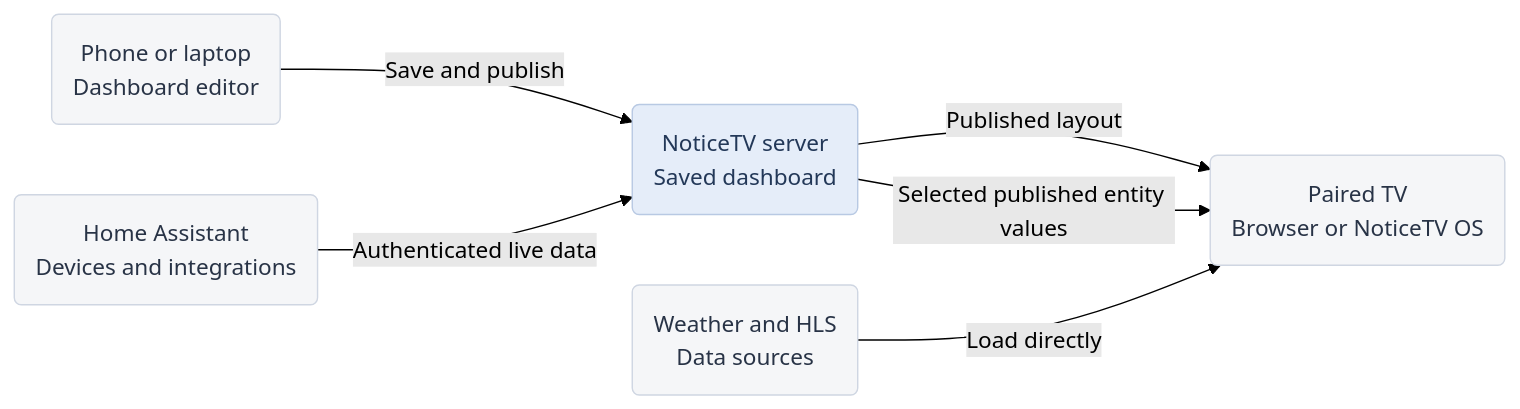
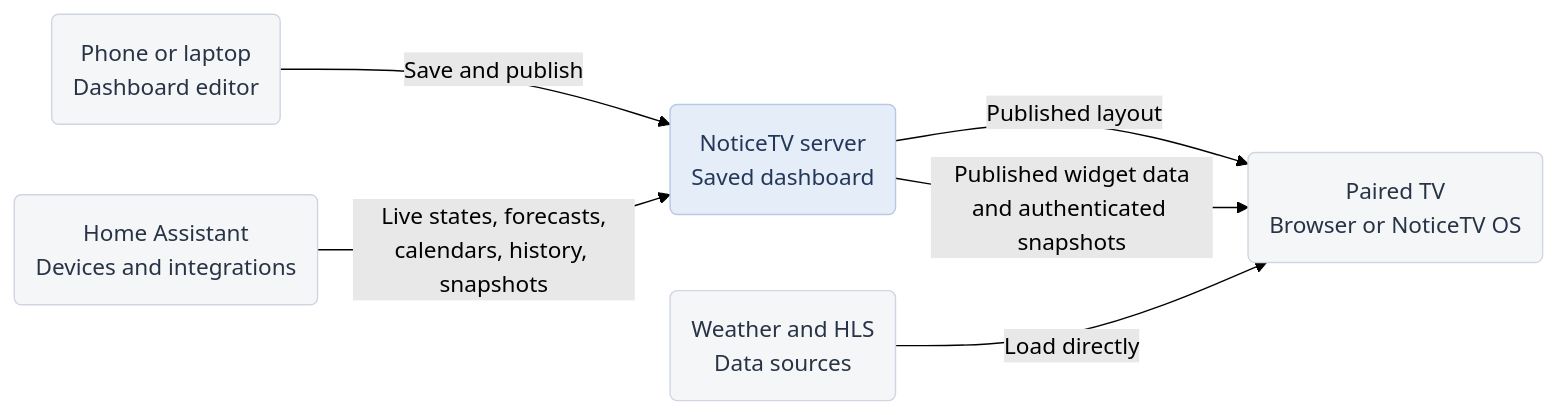
One commit to notice-cx/NoticeTV changed the first of 2 diagrams in README.md. Above: the diagram before and after it, drawn with Mermaid (forest theme). The commit also changed other lines of this file and 47 other files, not shown here.

Commit message:
Add rich Home Assistant widgets and a Home layout

````diff
--- a/README.md
+++ b/README.md
@@ -57,11 +73,11 @@
 ```mermaid
 flowchart LR
     editor("Phone or laptop<br/>Dashboard editor") -->|"Save and publish"| server("NoticeTV server<br/>Saved dashboard")
     server -->|"Published layout"| screen("Paired TV<br/>Browser or NoticeTV OS")
-    ha("Home Assistant<br/>Devices and integrations") -->|"Authenticated live data"| server
-    server -->|"Selected published entity values"| screen
+    ha("Home Assistant<br/>Devices and integrations") -->|"Live states, forecasts,<br/>calendars, history, snapshots"| server
+    server -->|"Published widget data<br/>and authenticated snapshots"| screen
     sources("Weather and HLS<br/>Data sources") -->|"Load directly"| screen
     classDef default fill:#f5f6f8,stroke:#cfd6e2,color:#283346,stroke-width:1px,filter:none;
     classDef host fill:#e5edf9,stroke:#b8c9e3,color:#233858;
     class server host;
 ```
````
